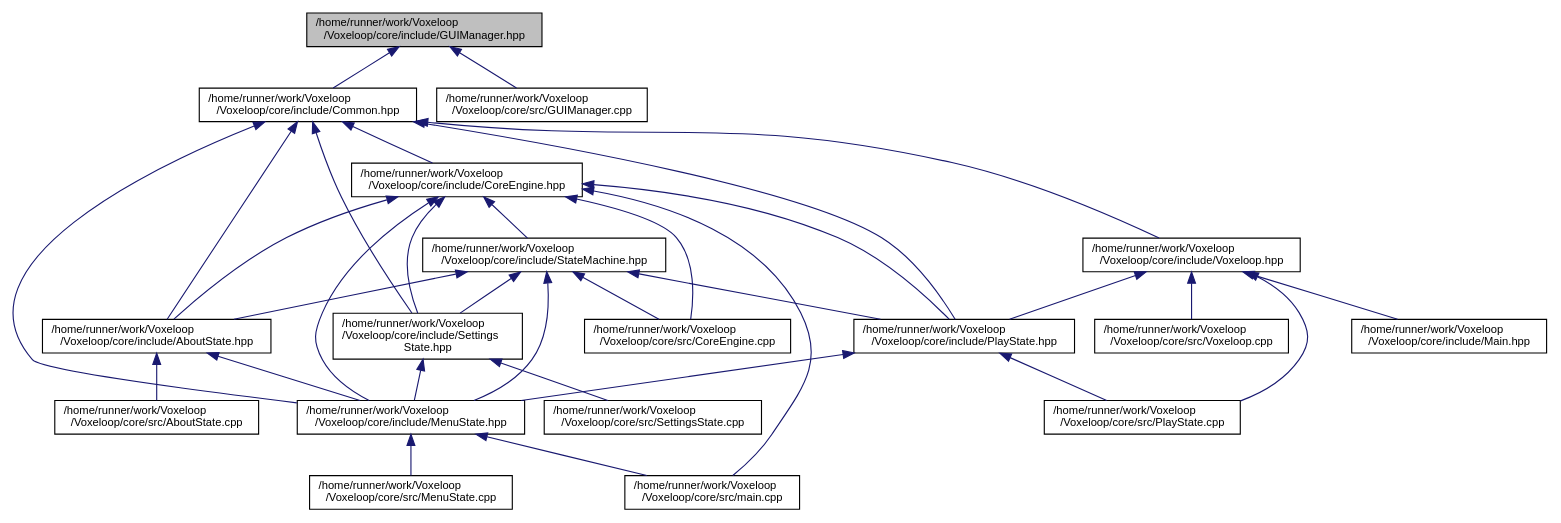
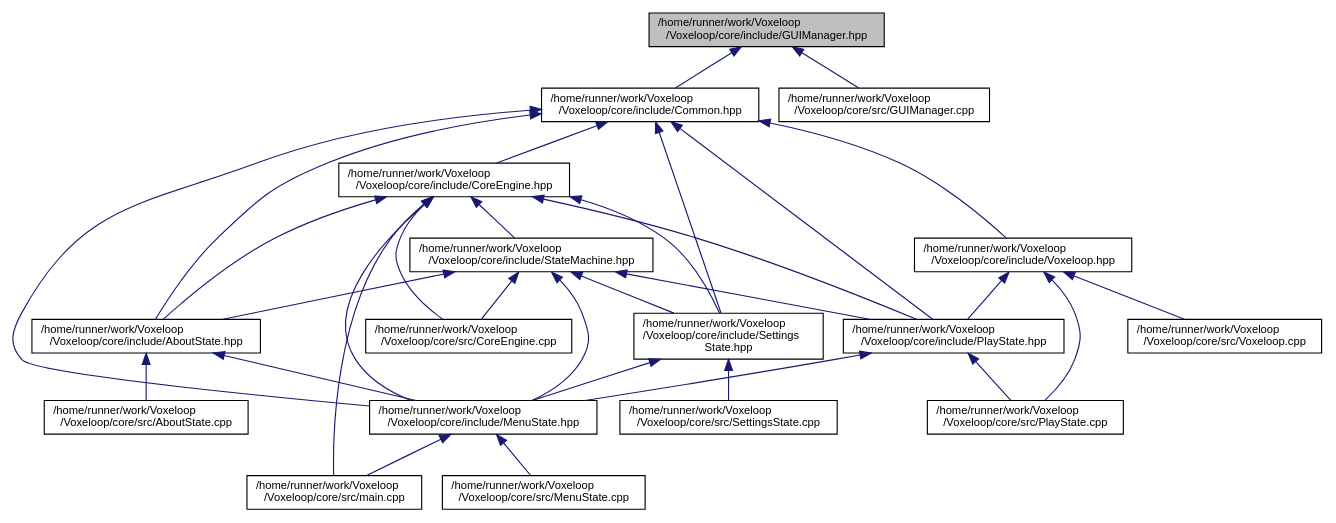
The diagram in docs/GUIManager_8hpp__dep__incl.dot (jarp0l/Voxeloop), drawn with Graphviz before and after one commit. The commit also changed 109 other files, not shown here.

```diff
--- a/docs/GUIManager_8hpp__dep__incl.dot
+++ b/docs/GUIManager_8hpp__dep__incl.dot
@@ -1,57 +1,55 @@
 digraph "/home/runner/work/Voxeloop/Voxeloop/core/include/GUIManager.hpp"
 {
  // INTERACTIVE_SVG=YES
  // LATEX_PDF_SIZE
   edge [fontname="Helvetica",fontsize="10",labelfontname="Helvetica",labelfontsize="10"];
   node [fontname="Helvetica",fontsize="10",shape=record];
   Node1 [label="/home/runner/work/Voxeloop\l/Voxeloop/core/include/GUIManager.hpp",height=0.2,width=0.4,color="black", fillcolor="grey75", style="filled", fontcolor="black",tooltip=" "];
   Node1 -> Node2 [dir="back",color="midnightblue",fontsize="10",style="solid",fontname="Helvetica"];
   Node2 [label="/home/runner/work/Voxeloop\l/Voxeloop/core/include/Common.hpp",height=0.2,width=0.4,color="black", fillcolor="white", style="filled",URL="$Common_8hpp.html",tooltip=" "];
   Node2 -> Node3 [dir="back",color="midnightblue",fontsize="10",style="solid",fontname="Helvetica"];
   Node3 [label="/home/runner/work/Voxeloop\l/Voxeloop/core/include/AboutState.hpp",height=0.2,width=0.4,color="black", fillcolor="white", style="filled",URL="$AboutState_8hpp.html",tooltip=" "];
   Node3 -> Node4 [dir="back",color="midnightblue",fontsize="10",style="solid",fontname="Helvetica"];
   Node4 [label="/home/runner/work/Voxeloop\l/Voxeloop/core/include/MenuState.hpp",height=0.2,width=0.4,color="black", fillcolor="white", style="filled",URL="$MenuState_8hpp.html",tooltip=" "];
   Node4 -> Node5 [dir="back",color="midnightblue",fontsize="10",style="solid",fontname="Helvetica"];
   Node5 [label="/home/runner/work/Voxeloop\l/Voxeloop/core/src/main.cpp",height=0.2,width=0.4,color="black", fillcolor="white", style="filled",URL="$main_8cpp.html",tooltip=" "];
   Node4 -> Node6 [dir="back",color="midnightblue",fontsize="10",style="solid",fontname="Helvetica"];
   Node6 [label="/home/runner/work/Voxeloop\l/Voxeloop/core/src/MenuState.cpp",height=0.2,width=0.4,color="black", fillcolor="white", style="filled",URL="$MenuState_8cpp.html",tooltip=" "];
   Node3 -> Node7 [dir="back",color="midnightblue",fontsize="10",style="solid",fontname="Helvetica"];
   Node7 [label="/home/runner/work/Voxeloop\l/Voxeloop/core/src/AboutState.cpp",height=0.2,width=0.4,color="black", fillcolor="white", style="filled",URL="$AboutState_8cpp.html",tooltip=" "];
   Node2 -> Node8 [dir="back",color="midnightblue",fontsize="10",style="solid",fontname="Helvetica"];
   Node8 [label="/home/runner/work/Voxeloop\l/Voxeloop/core/include/CoreEngine.hpp",height=0.2,width=0.4,color="black", fillcolor="white", style="filled",URL="$CoreEngine_8hpp.html",tooltip=" "];
   Node8 -> Node3 [dir="back",color="midnightblue",fontsize="10",style="solid",fontname="Helvetica"];
   Node8 -> Node9 [dir="back",color="midnightblue",fontsize="10",style="solid",fontname="Helvetica"];
   Node9 [label="/home/runner/work/Voxeloop\l/Voxeloop/core/include/StateMachine.hpp",height=0.2,width=0.4,color="black", fillcolor="white", style="filled",URL="$StateMachine_8hpp.html",tooltip=" "];
   Node9 -> Node3 [dir="back",color="midnightblue",fontsize="10",style="solid",fontname="Helvetica"];
   Node9 -> Node10 [dir="back",color="midnightblue",fontsize="10",style="solid",fontname="Helvetica"];
   Node10 [label="/home/runner/work/Voxeloop\l/Voxeloop/core/include/PlayState.hpp",height=0.2,width=0.4,color="black", fillcolor="white", style="filled",URL="$PlayState_8hpp.html",tooltip=" "];
   Node10 -> Node4 [dir="back",color="midnightblue",fontsize="10",style="solid",fontname="Helvetica"];
   Node10 -> Node11 [dir="back",color="midnightblue",fontsize="10",style="solid",fontname="Helvetica"];
   Node11 [label="/home/runner/work/Voxeloop\l/Voxeloop/core/src/PlayState.cpp",height=0.2,width=0.4,color="black", fillcolor="white", style="filled",URL="$PlayState_8cpp.html",tooltip=" "];
   Node9 -> Node12 [dir="back",color="midnightblue",fontsize="10",style="solid",fontname="Helvetica"];
   Node12 [label="/home/runner/work/Voxeloop\l/Voxeloop/core/include/Settings\lState.hpp",height=0.2,width=0.4,color="black", fillcolor="white", style="filled",URL="$SettingsState_8hpp.html",tooltip=" "];
   Node12 -> Node4 [dir="back",color="midnightblue",fontsize="10",style="solid",fontname="Helvetica"];
   Node12 -> Node13 [dir="back",color="midnightblue",fontsize="10",style="solid",fontname="Helvetica"];
   Node13 [label="/home/runner/work/Voxeloop\l/Voxeloop/core/src/SettingsState.cpp",height=0.2,width=0.4,color="black", fillcolor="white", style="filled",URL="$SettingsState_8cpp.html",tooltip=" "];
   Node9 -> Node4 [dir="back",color="midnightblue",fontsize="10",style="solid",fontname="Helvetica"];
   Node9 -> Node14 [dir="back",color="midnightblue",fontsize="10",style="solid",fontname="Helvetica"];
   Node14 [label="/home/runner/work/Voxeloop\l/Voxeloop/core/src/CoreEngine.cpp",height=0.2,width=0.4,color="black", fillcolor="white", style="filled",URL="$CoreEngine_8cpp.html",tooltip=" "];
   Node8 -> Node4 [dir="back",color="midnightblue",fontsize="10",style="solid",fontname="Helvetica"];
   Node8 -> Node10 [dir="back",color="midnightblue",fontsize="10",style="solid",fontname="Helvetica"];
   Node8 -> Node12 [dir="back",color="midnightblue",fontsize="10",style="solid",fontname="Helvetica"];
   Node8 -> Node14 [dir="back",color="midnightblue",fontsize="10",style="solid",fontname="Helvetica"];
   Node8 -> Node5 [dir="back",color="midnightblue",fontsize="10",style="solid",fontname="Helvetica"];
+  Node2 -> Node4 [dir="back",color="midnightblue",fontsize="10",style="solid",fontname="Helvetica"];
+  Node2 -> Node10 [dir="back",color="midnightblue",fontsize="10",style="solid",fontname="Helvetica"];
   Node2 -> Node15 [dir="back",color="midnightblue",fontsize="10",style="solid",fontname="Helvetica"];
   Node15 [label="/home/runner/work/Voxeloop\l/Voxeloop/core/include/Voxeloop.hpp",height=0.2,width=0.4,color="black", fillcolor="white", style="filled",URL="$Voxeloop_8hpp.html",tooltip=" "];
-  Node15 -> Node16 [dir="back",color="midnightblue",fontsize="10",style="solid",fontname="Helvetica"];
-  Node16 [label="/home/runner/work/Voxeloop\l/Voxeloop/core/include/Main.hpp",height=0.2,width=0.4,color="black", fillcolor="white", style="filled",URL="$Main_8hpp.html",tooltip=" "];
   Node15 -> Node10 [dir="back",color="midnightblue",fontsize="10",style="solid",fontname="Helvetica"];
   Node15 -> Node11 [dir="back",color="midnightblue",fontsize="10",style="solid",fontname="Helvetica"];
-  Node15 -> Node17 [dir="back",color="midnightblue",fontsize="10",style="solid",fontname="Helvetica"];
-  Node17 [label="/home/runner/work/Voxeloop\l/Voxeloop/core/src/Voxeloop.cpp",height=0.2,width=0.4,color="black", fillcolor="white", style="filled",URL="$Voxeloop_8cpp.html",tooltip=" "];
-  Node2 -> Node4 [dir="back",color="midnightblue",fontsize="10",style="solid",fontname="Helvetica"];
-  Node2 -> Node10 [dir="back",color="midnightblue",fontsize="10",style="solid",fontname="Helvetica"];
+  Node15 -> Node16 [dir="back",color="midnightblue",fontsize="10",style="solid",fontname="Helvetica"];
+  Node16 [label="/home/runner/work/Voxeloop\l/Voxeloop/core/src/Voxeloop.cpp",height=0.2,width=0.4,color="black", fillcolor="white", style="filled",URL="$Voxeloop_8cpp.html",tooltip=" "];
   Node2 -> Node12 [dir="back",color="midnightblue",fontsize="10",style="solid",fontname="Helvetica"];
-  Node1 -> Node18 [dir="back",color="midnightblue",fontsize="10",style="solid",fontname="Helvetica"];
-  Node18 [label="/home/runner/work/Voxeloop\l/Voxeloop/core/src/GUIManager.cpp",height=0.2,width=0.4,color="black", fillcolor="white", style="filled",URL="$GUIManager_8cpp.html",tooltip=" "];
+  Node1 -> Node17 [dir="back",color="midnightblue",fontsize="10",style="solid",fontname="Helvetica"];
+  Node17 [label="/home/runner/work/Voxeloop\l/Voxeloop/core/src/GUIManager.cpp",height=0.2,width=0.4,color="black", fillcolor="white", style="filled",URL="$GUIManager_8cpp.html",tooltip=" "];
 }
```
